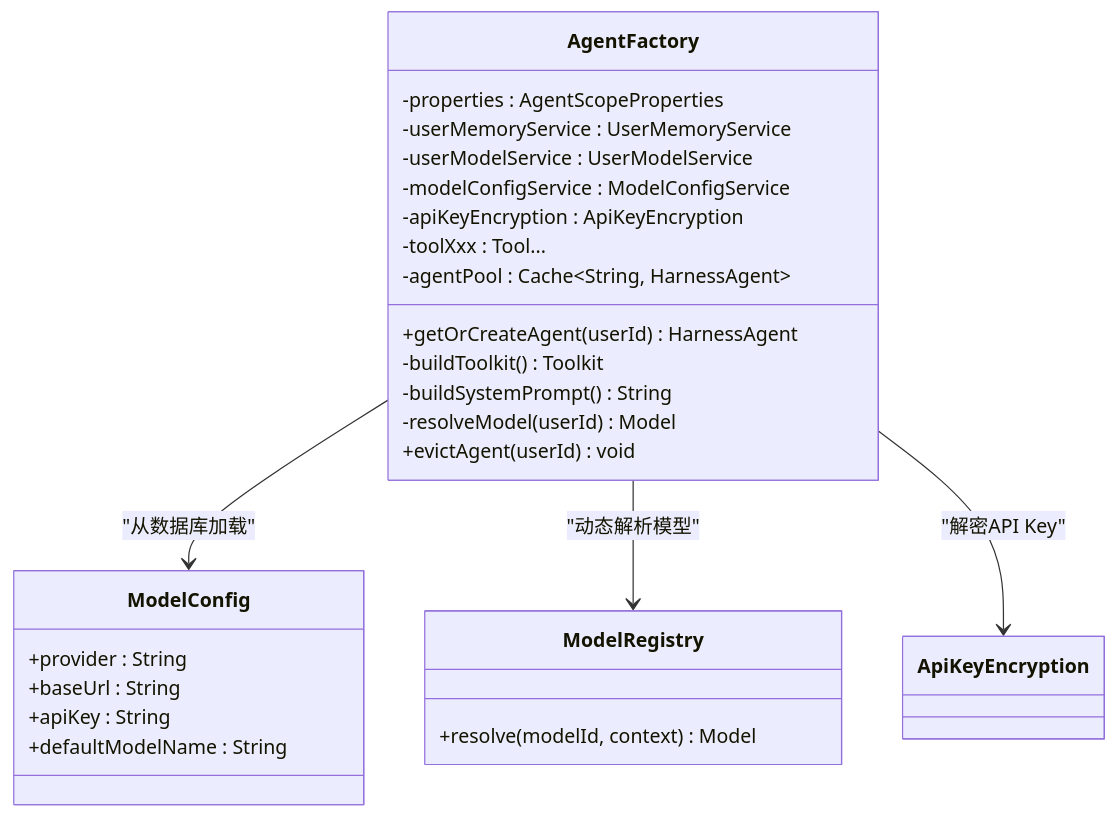
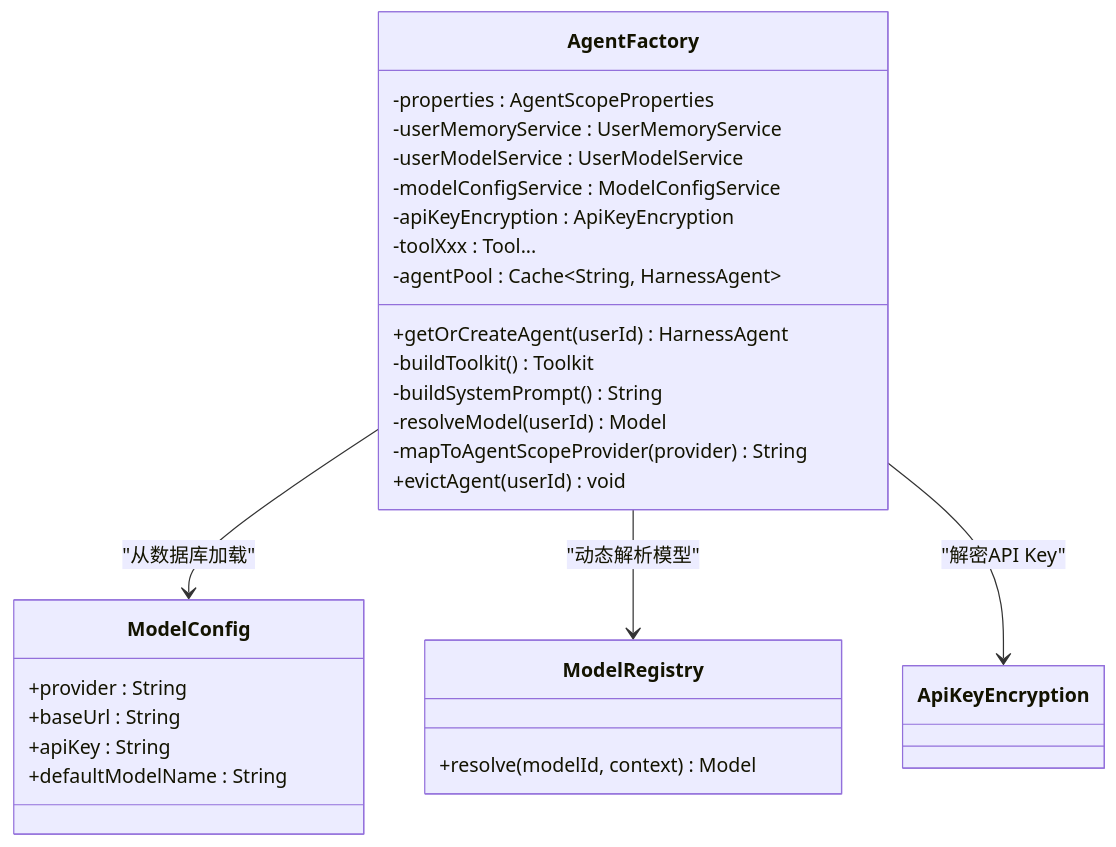
The fifth of 7 diagrams in .qoder/repowiki/zh/content/关键配置类代码导读.md (Miss-zhi/OfferPilot), drawn with Mermaid before and after one commit. The commit also changed other lines of this file and 115 other files, not shown here.

````diff
--- a/.qoder/repowiki/zh/content/关键配置类代码导读.md
+++ b/.qoder/repowiki/zh/content/关键配置类代码导读.md
@@ -356,29 +354,30 @@
 ```mermaid
 classDiagram
 class AgentFactory {
 -properties : AgentScopeProperties
 -userMemoryService : UserMemoryService
 -userModelService : UserModelService
 -modelConfigService : ModelConfigService
 -apiKeyEncryption : ApiKeyEncryption
 -toolXxx : Tool...
 -agentPool : Cache~String, HarnessAgent~
 +getOrCreateAgent(userId) HarnessAgent
 -buildToolkit() Toolkit
 -buildSystemPrompt() String
 -resolveModel(userId) Model
+-mapToAgentScopeProvider(provider) String
 +evictAgent(userId) void
 }
 class ModelConfig {
 +provider : String
 +baseUrl : String
 +apiKey : String
 +defaultModelName : String
 }
 class ModelRegistry {
 +resolve(modelId, context) Model
 }
 AgentFactory --> ModelConfig : "从数据库加载"
 AgentFactory --> ModelRegistry : "动态解析模型"
 AgentFactory --> ApiKeyEncryption : "解密API Key"
 ```
````
